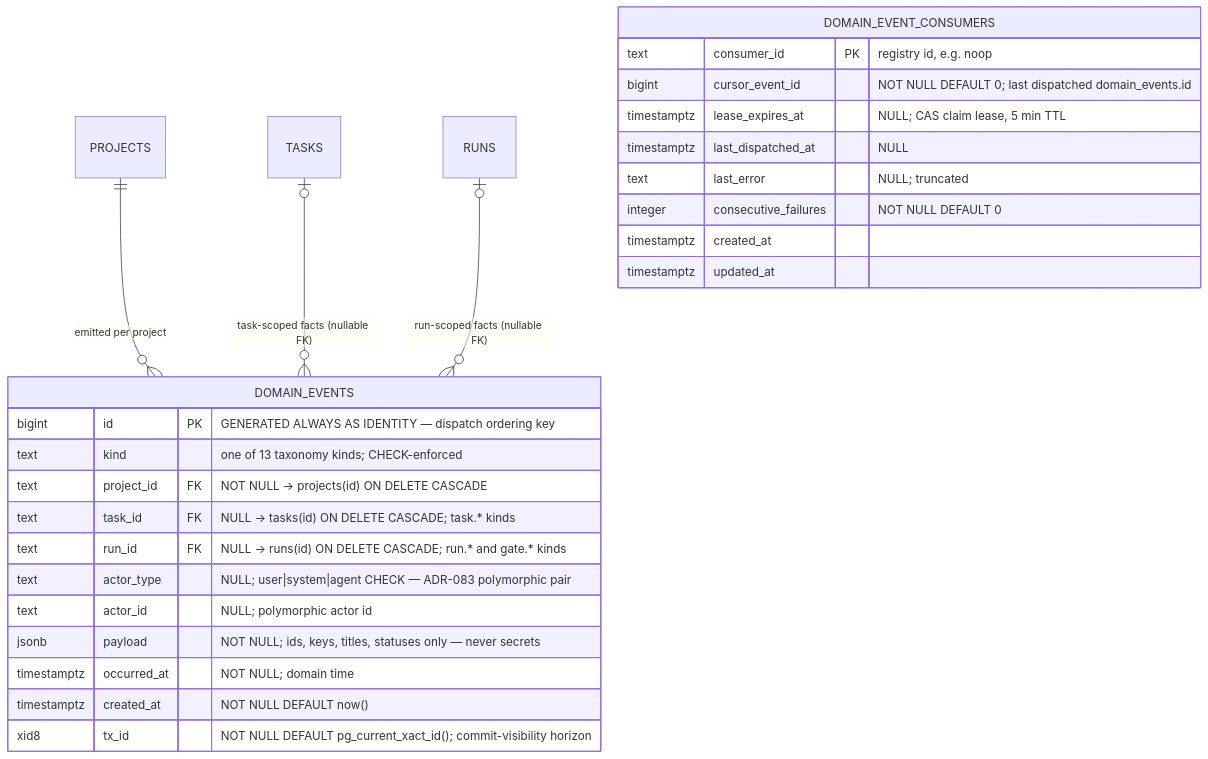
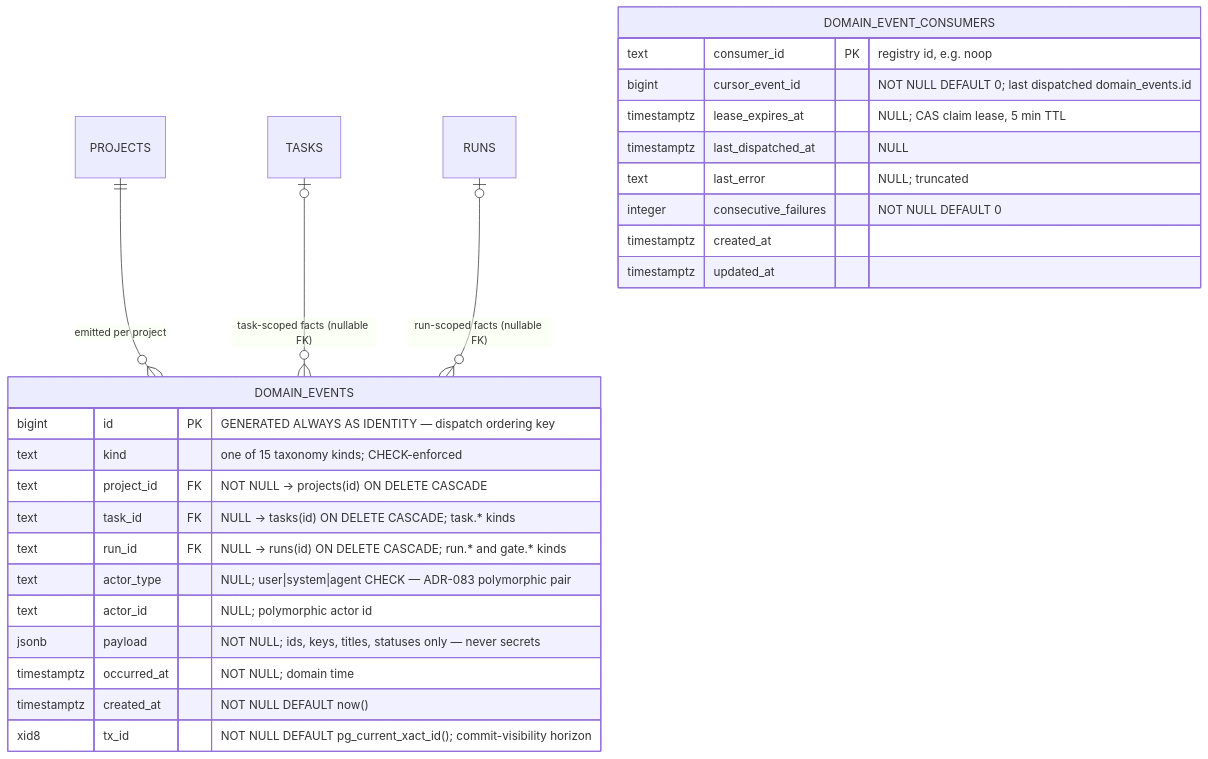
Before and after one commit to maister-dev/maister: the diagram in docs/db/domain-events.md, drawn with Mermaid. The commit also changed 26 other files, not shown here.

````diff
--- a/docs/db/domain-events.md
+++ b/docs/db/domain-events.md
@@ -11,31 +11,31 @@
 ```mermaid
 erDiagram
     PROJECTS ||--o{ DOMAIN_EVENTS : "emitted per project"
     TASKS o|--o{ DOMAIN_EVENTS : "task-scoped facts (nullable FK)"
     RUNS o|--o{ DOMAIN_EVENTS : "run-scoped facts (nullable FK)"
 
     DOMAIN_EVENTS {
         bigint id PK "GENERATED ALWAYS AS IDENTITY — dispatch ordering key"
-        text kind "one of 13 taxonomy kinds; CHECK-enforced"
+        text kind "one of 15 taxonomy kinds; CHECK-enforced"
         text project_id FK "NOT NULL -> projects(id) ON DELETE CASCADE"
         text task_id FK "NULL -> tasks(id) ON DELETE CASCADE; task.* kinds"
         text run_id FK "NULL -> runs(id) ON DELETE CASCADE; run.* and gate.* kinds"
         text actor_type "NULL; user|system|agent CHECK — ADR-083 polymorphic pair"
         text actor_id "NULL; polymorphic actor id"
         jsonb payload "NOT NULL; ids, keys, titles, statuses only — never secrets"
         timestamptz occurred_at "NOT NULL; domain time"
         timestamptz created_at "NOT NULL DEFAULT now()"
         xid8 tx_id "NOT NULL DEFAULT pg_current_xact_id(); commit-visibility horizon"
     }
 
     DOMAIN_EVENT_CONSUMERS {
         text consumer_id PK "registry id, e.g. noop"
         bigint cursor_event_id "NOT NULL DEFAULT 0; last dispatched domain_events.id"
         timestamptz lease_expires_at "NULL; CAS claim lease, 5 min TTL"
         timestamptz last_dispatched_at "NULL"
         text last_error "NULL; truncated"
         integer consecutive_failures "NOT NULL DEFAULT 0"
         timestamptz created_at
         timestamptz updated_at
     }
 ```
````
